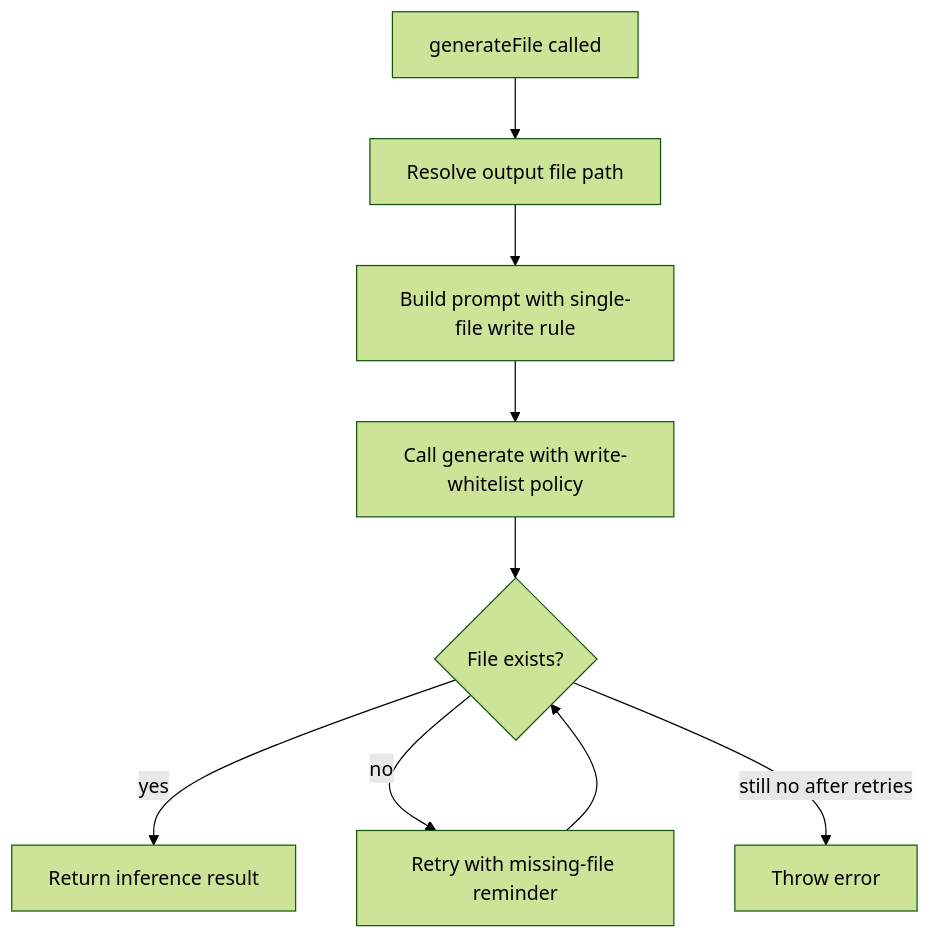
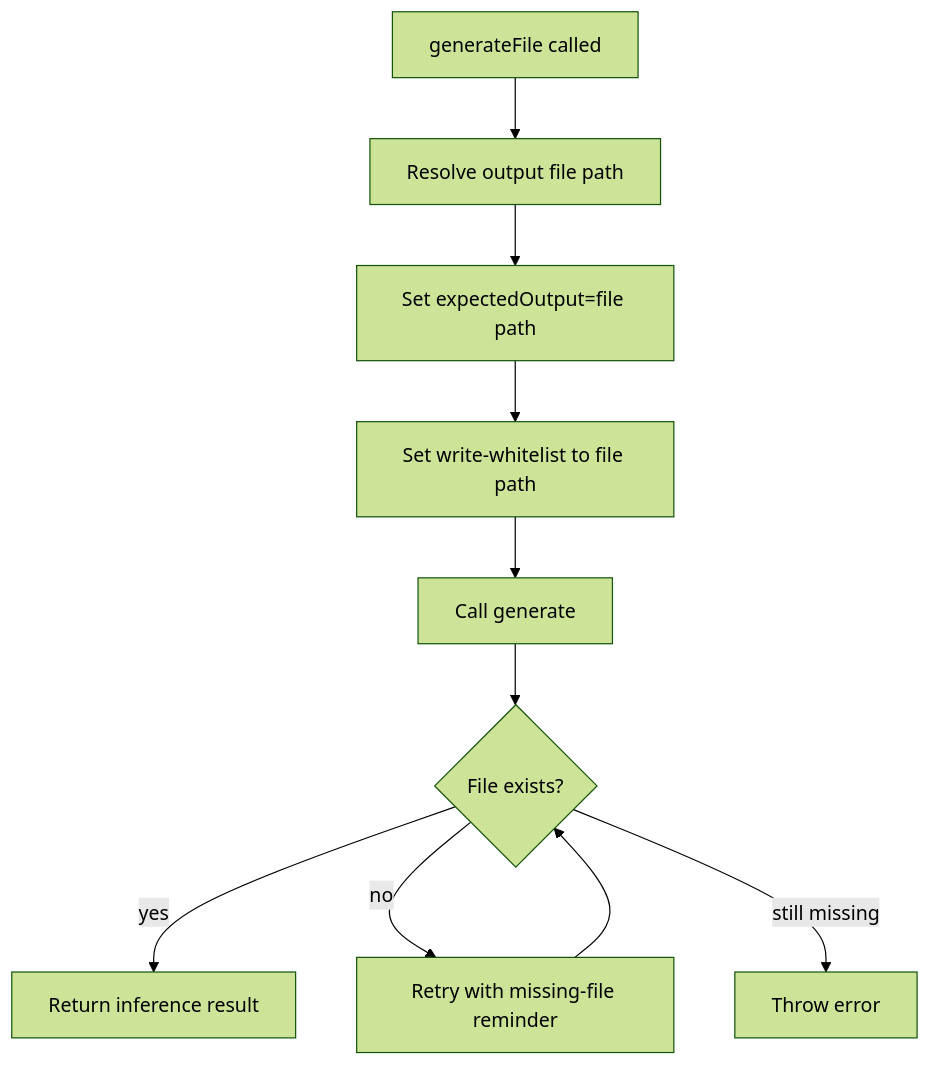
Before and after one commit to ex3ndr/holdmybeer: the diagram in doc/generate-file.md, drawn with Mermaid (forest theme). The commit also changed other lines of this file and 35 other files, not shown here.

Commit message:
feat: update ai generation flow and workflow steps

````diff
--- a/doc/generate-file.md
+++ b/doc/generate-file.md
@@ -7,11 +7,12 @@
 ```mermaid
 flowchart TD
   A[generateFile called] --> B[Resolve output file path]
-  B --> C[Build prompt with single-file write rule]
-  C --> D[Call generate with write-whitelist policy]
-  D --> E{File exists?}
-  E -->|yes| F[Return inference result]
-  E -->|no| G[Retry with missing-file reminder]
-  G --> E
-  E -->|still no after retries| H[Throw error]
+  B --> C[Set expectedOutput=file path]
+  C --> D[Set write-whitelist to file path]
+  D --> E[Call generate]
+  E --> F{File exists?}
+  F -->|yes| G[Return inference result]
+  F -->|no| H[Retry with missing-file reminder]
+  H --> F
+  F -->|still missing| I[Throw error]
 ```
````
